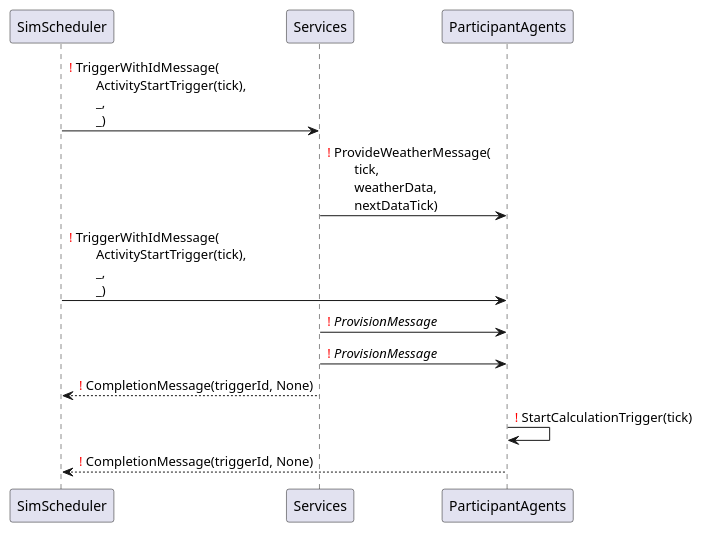
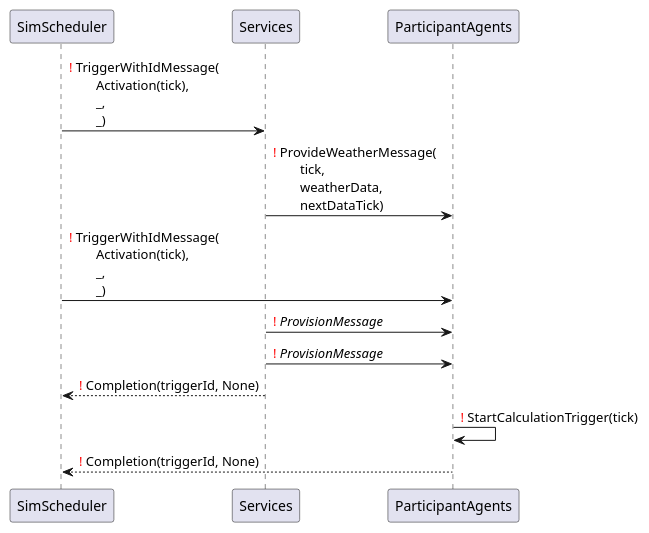
The diagram in docs/uml/protocol/ParticipantTriggeredBySecondaryData.puml (ie3-institute/simona), drawn with PlantUML before and after one commit. The commit also changed 6 other files, not shown here.

Commit message:
Renamed UML variables ActivityStartTrigger, ScheduleTriggerMessage, CompletionMessage

```diff
--- a/docs/uml/protocol/ParticipantTriggeredBySecondaryData.puml
+++ b/docs/uml/protocol/ParticipantTriggeredBySecondaryData.puml
@@ -1,10 +1,10 @@
 @startuml
-SimScheduler -> Services: <font color=red>!</font> TriggerWithIdMessage(\n\tActivityStartTrigger(tick),\n\t_,\n\t_)
+SimScheduler -> Services: <font color=red>!</font> TriggerWithIdMessage(\n\tActivation(tick),\n\t_,\n\t_)
 Services -> ParticipantAgents: <font color=red>!</font> ProvideWeatherMessage(\n\ttick,\n\tweatherData,\n\tnextDataTick)
-SimScheduler -> ParticipantAgents: <font color=red>!</font> TriggerWithIdMessage(\n\tActivityStartTrigger(tick),\n\t_,\n\t_)
+SimScheduler -> ParticipantAgents: <font color=red>!</font> TriggerWithIdMessage(\n\tActivation(tick),\n\t_,\n\t_)
 Services -> ParticipantAgents: <font color=red>!</font> <i>ProvisionMessage</i>
 Services -> ParticipantAgents: <font color=red>!</font> <i>ProvisionMessage</i>
-Services --> SimScheduler: <font color=red>!</font> CompletionMessage(triggerId, None)
+Services --> SimScheduler: <font color=red>!</font> Completion(triggerId, None)
 ParticipantAgents -> ParticipantAgents: <font color=red>!</font> StartCalculationTrigger(tick)
-ParticipantAgents --> SimScheduler: <font color=red>!</font> CompletionMessage(triggerId, None)
+ParticipantAgents --> SimScheduler: <font color=red>!</font> Completion(triggerId, None)
 @enduml
```
